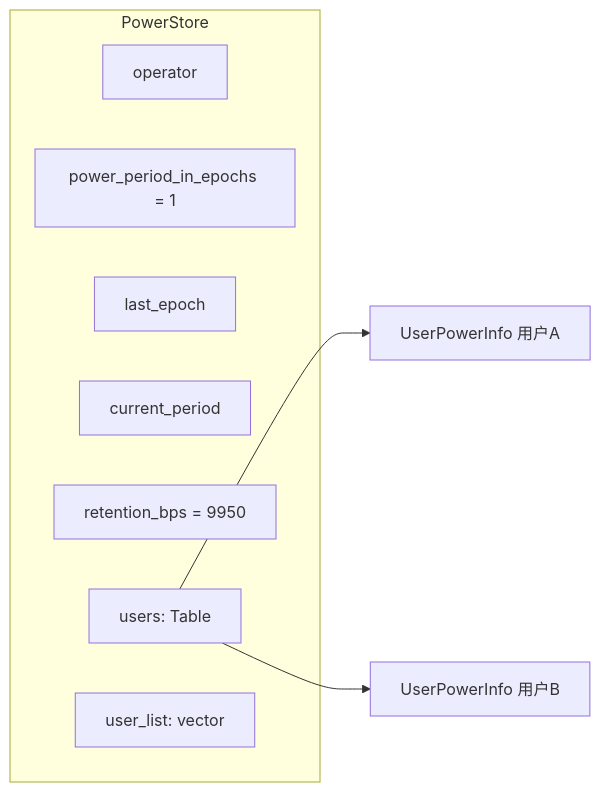
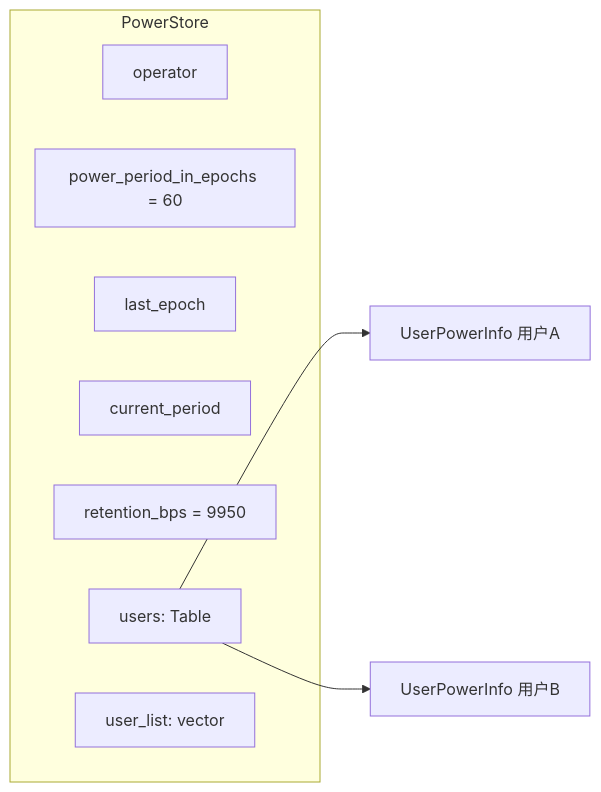
One commit to tuminfei/aptos-core changed the second of 7 diagrams in aptos-move/framework/aptos-framework/sources/poc_doc/poc_v5/02-核心数据结构.md. Above: the diagram before and after it, drawn with Mermaid. The commit also changed other lines of this file and 6 other files, not shown here.

````diff
--- a/aptos-move/framework/aptos-framework/sources/poc_doc/poc_v5/02-核心数据结构.md
+++ b/aptos-move/framework/aptos-framework/sources/poc_doc/poc_v5/02-核心数据结构.md
@@ -45,14 +45,14 @@
 ```mermaid
 graph LR
     subgraph PowerStore
         OP[operator]
-        PP[power_period_in_epochs = 1]
+        PP[power_period_in_epochs = 60]
         LE[last_epoch]
         CP[current_period]
         RB[retention_bps = 9950]
         UT[users: Table]
         UL[user_list: vector]
     end
     UT --> UPI1[UserPowerInfo 用户A]
     UT --> UPI2[UserPowerInfo 用户B]
 ```
````
